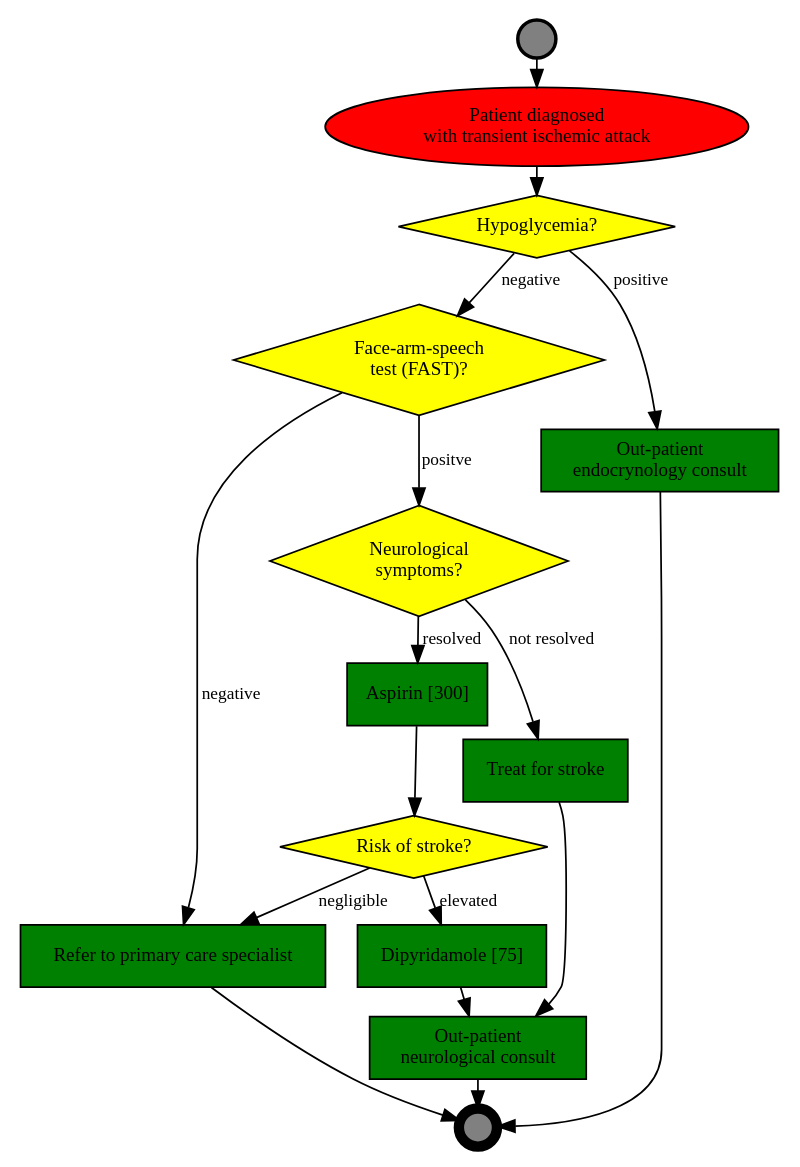
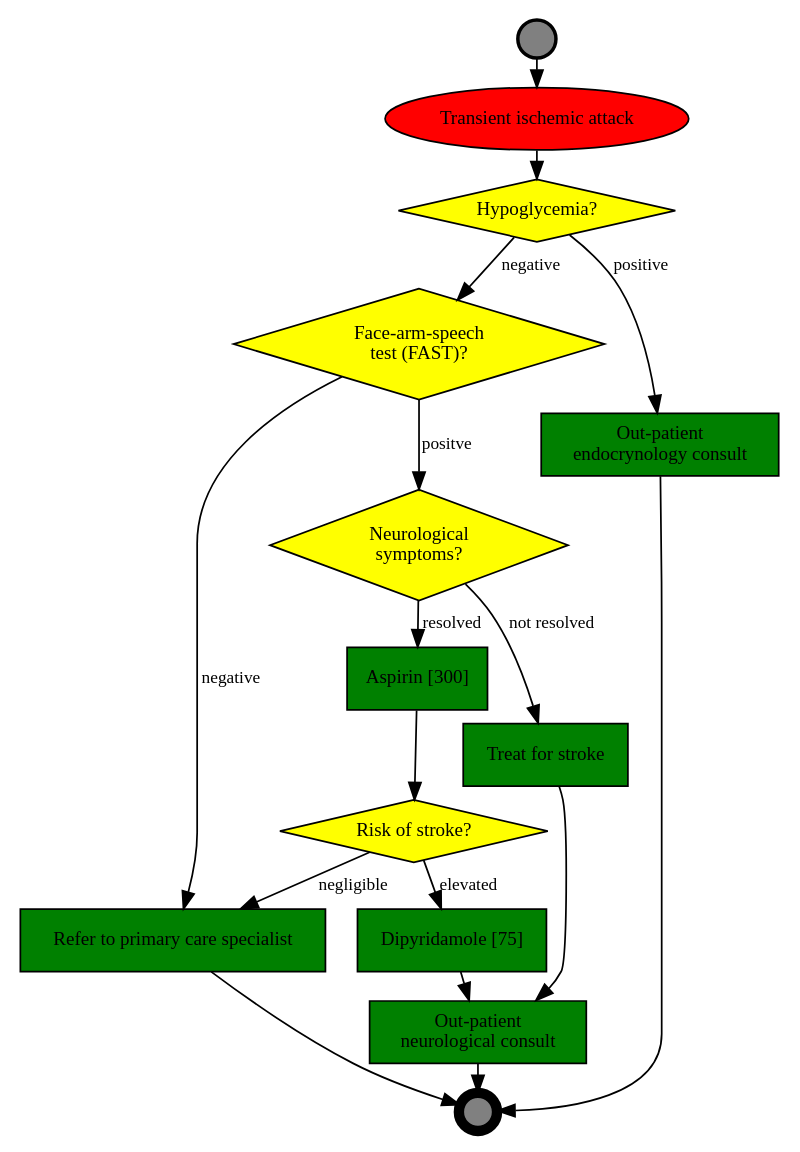
The diagram in algorytmy/tia.dot (dradka/Program), drawn with Graphviz before and after one commit. The commit also changed 6 other files, not shown here.

```diff
--- a/algorytmy/tia.dot
+++ b/algorytmy/tia.dot
@@ -1,45 +1,45 @@
 // TIA - transient ischemic attack (KR4HC 2014)
 
 digraph TIA {
 	ranksep=0.1;
 node [shape=box, style=filled, fillcolor=green, fontname=Calibri, fontsize=11];
 edge [fontname="Calibri Italic", fontsize=10];
 
 // Context
-c_tia [label="Patient diagnosed \n with transient ischemic attack", shape=oval, style=filled, fillcolor=red];
+c_tia [label="Transient ischemic attack", shape=oval, style=filled, fillcolor=red];
 
 // Decisions
 d_hypoglycemia [shape=diamond, fillcolor=yellow, label="Hypoglycemia?"];
 d_fast [shape=diamond, fillcolor=yellow, label="Face-arm-speech \n test (FAST)?"];
 d_neuro_symptoms [shape=diamond, fillcolor=yellow, label="Neurological \n symptoms?"];
 d_stroke_risk [shape=diamond, fillcolor=yellow, label="Risk of stroke?"];
 
 // Actions
 a_prim_care_specialit [label="Refer to primary care specialist"];
 a_aspirin [label="Aspirin [300]"];
 a_dipyridamole [label="Dipyridamole [75]"];
 a_treat_stroke [label="Treat for stroke"];
 a_endo_consult [label="Out-patient \n endocrynology consult"];
 a_neuro_consult [label="Out-patient \n neurological consult"];
 
 // Event nodes
 e_start [shape=circle, label="", width=0.3, penwidth=2, fillcolor="gray"];
 e_end [shape=circle, label="", width=0.3, penwidth=6, fillcolor="gray"];
 
 e_start -> c_tia -> d_hypoglycemia;
 d_hypoglycemia -> d_fast [label=negative];
 d_hypoglycemia -> a_endo_consult [label=positive];
 a_endo_consult -> e_end;
 d_fast -> d_neuro_symptoms [label=positve];
 d_fast -> a_prim_care_specialit [label=negative];
 a_prim_care_specialit -> e_end;
 d_neuro_symptoms -> a_aspirin [label=resolved];
 d_neuro_symptoms -> a_treat_stroke [label="not resolved"];
 a_aspirin -> d_stroke_risk;
 d_stroke_risk -> a_prim_care_specialit [label="negligible"];
 d_stroke_risk -> a_dipyridamole [label=elevated];
 a_dipyridamole -> a_neuro_consult;
 a_treat_stroke -> a_neuro_consult;
 a_neuro_consult -> e_end;
 
 }
```
